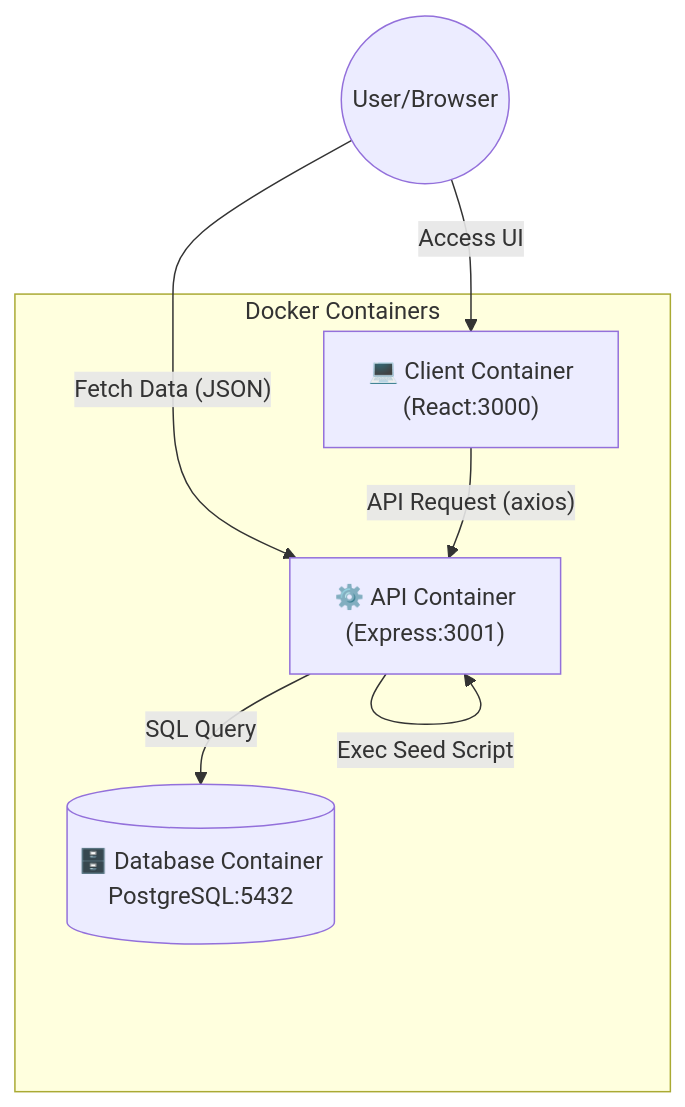
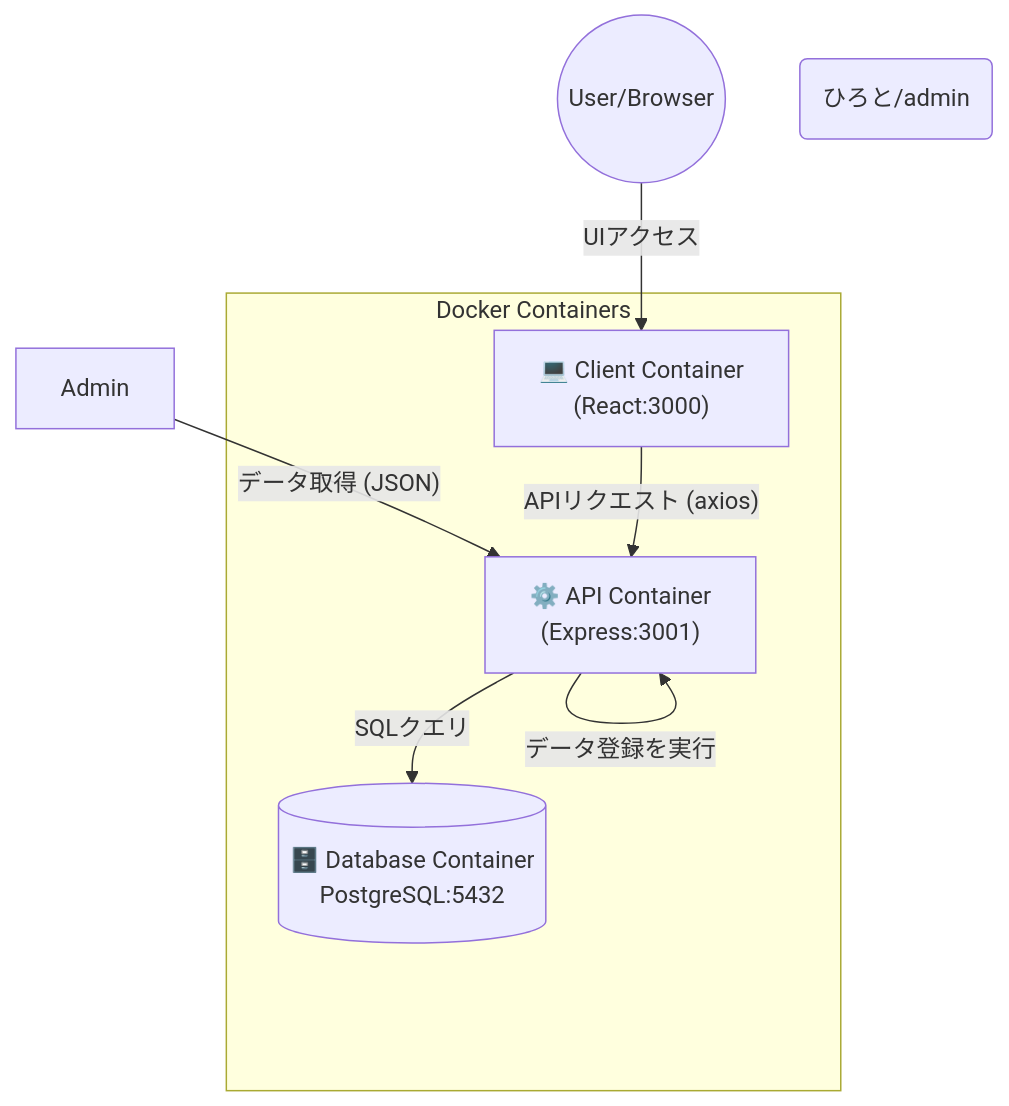
Before and after one commit to ieuko/Team-Ohtani: the diagram in README.md, drawn with Mermaid.

````diff
--- a/README.md
+++ b/README.md
@@ -10,16 +10,18 @@
 ```mermaid
 graph TD
     User((User/Browser))
+
+    admin(ひろと/admin)
     
     subgraph "Docker Containers"
         Client["💻 Client Container<br/>(React:3000)"]
         API["⚙️ API Container<br/>(Express:3001)"]
         DB[("🗄️ Database Container<br/>PostgreSQL:5432")]
     end
 
-    User -- "Access UI" --> Client
-    User -- "Fetch Data (JSON)" --> API
-    Client -- "API Request (axios)" --> API
-    API -- "SQL Query" --> DB
-    API -- "Exec Seed Script" --> API
+    User -- "UIアクセス" --> Client
+    Admin -- "データ取得 (JSON)" --> API
+    Client -- "APIリクエスト (axios)" --> API
+    API -- "SQLクエリ" --> DB
+    API -- "データ登録を実行" --> API
 ```
````
